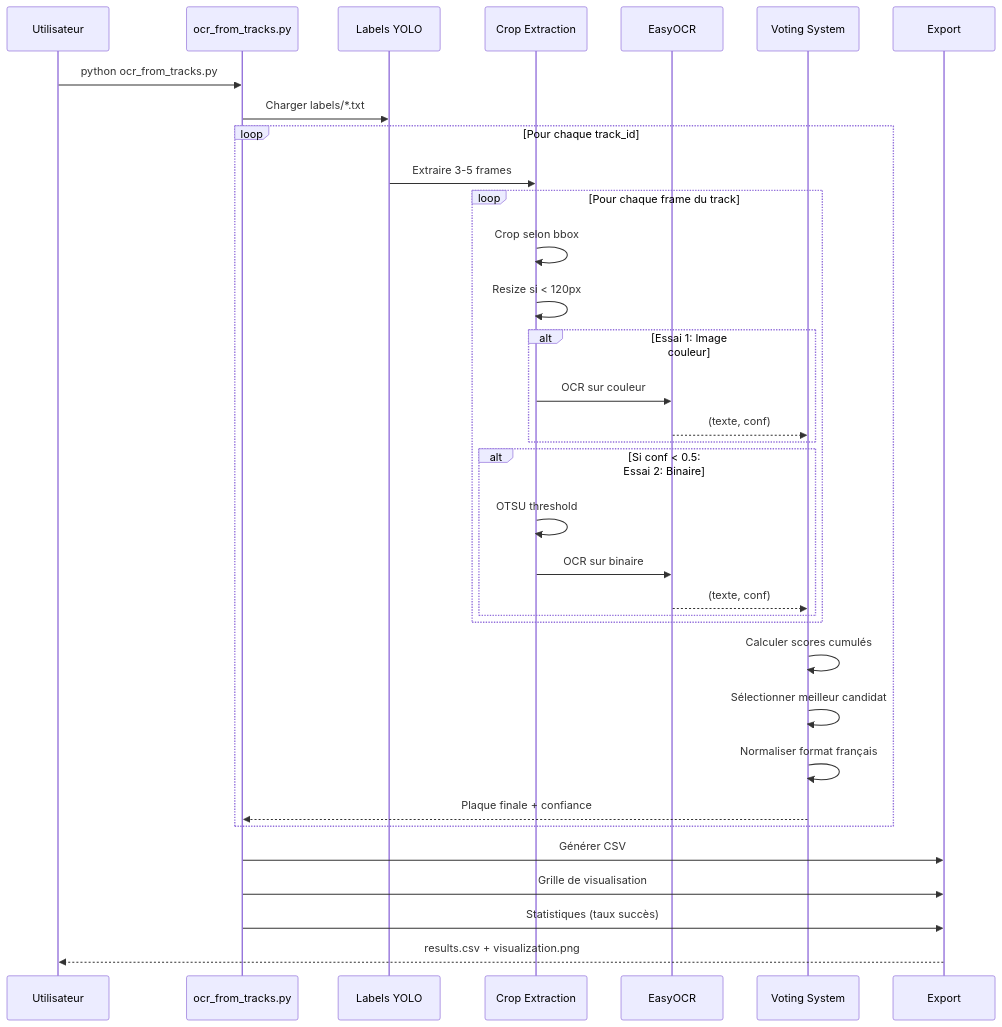
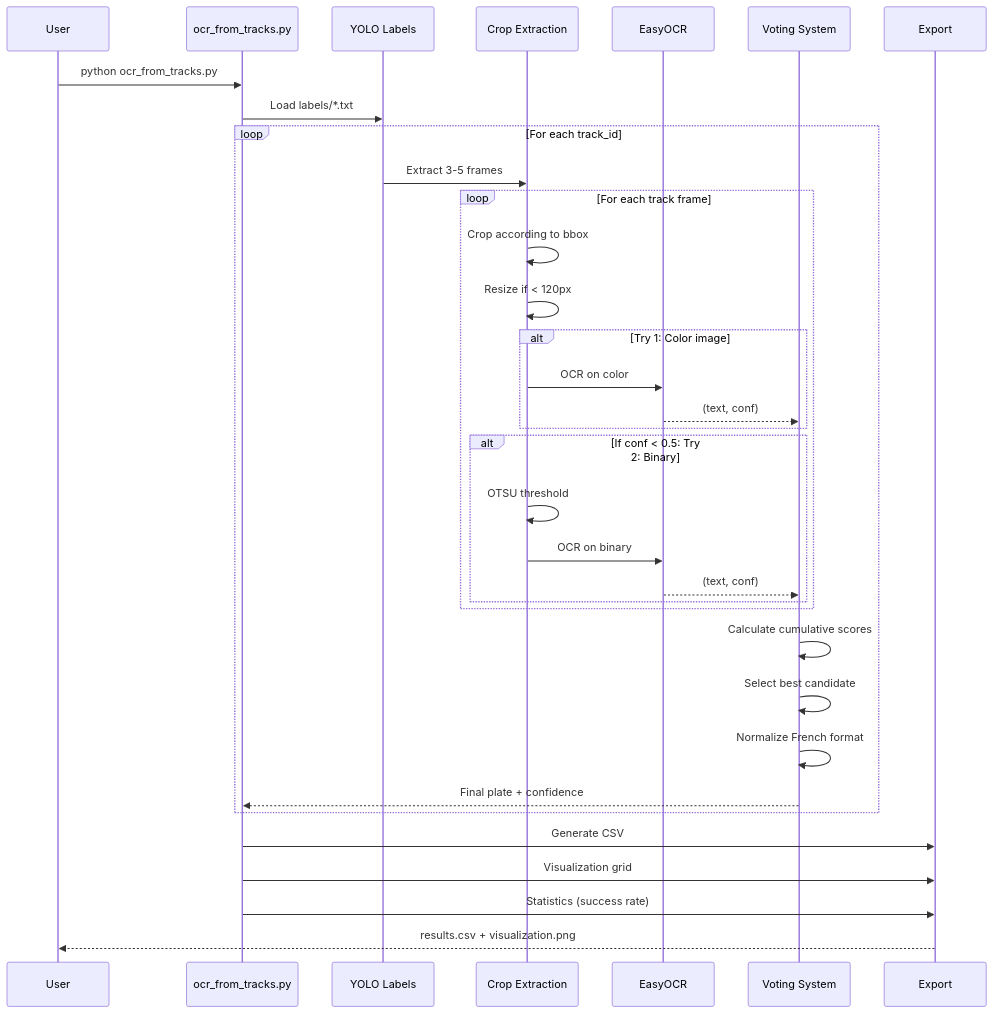
Before and after one commit to brayedna/alpr-fine-tuned-FR-yolov8: the fifth of 5 diagrams in README.md, drawn with Mermaid. The commit also changed other lines of this file, not shown here.

````diff
--- a/README.md
+++ b/README.md
@@ -521,43 +521,43 @@
 ```mermaid
 sequenceDiagram
-    participant U as Utilisateur
+    participant U as User
     participant O as ocr_from_tracks.py
-    participant L as Labels YOLO
+    participant L as YOLO Labels
     participant C as Crop Extraction
     participant E1 as EasyOCR
     participant V as Voting System
     participant X as Export
 
     U->>O: python ocr_from_tracks.py
-    O->>L: Charger labels/*.txt
+    O->>L: Load labels/*.txt
 
-    loop Pour chaque track_id
-        L->>C: Extraire 3-5 frames
+    loop For each track_id
+        L->>C: Extract 3-5 frames
 
-        loop Pour chaque frame du track
-            C->>C: Crop selon bbox
-            C->>C: Resize si < 120px
+        loop For each track frame
+            C->>C: Crop according to bbox
+            C->>C: Resize if < 120px
 
-            alt Essai 1: Image couleur
-                C->>E1: OCR sur couleur
-                E1-->>V: (texte, conf)
+            alt Try 1: Color image
+                C->>E1: OCR on color
+                E1-->>V: (text, conf)
             end
 
-            alt Si conf < 0.5: Essai 2: Binaire
+            alt If conf < 0.5: Try 2: Binary
                 C->>C: OTSU threshold
-                C->>E1: OCR sur binaire
-                E1-->>V: (texte, conf)
+                C->>E1: OCR on binary
+                E1-->>V: (text, conf)
             end
         end
 
-        V->>V: Calculer scores cumulés
-        V->>V: Sélectionner meilleur candidat
-        V->>V: Normaliser format français
-        V-->>O: Plaque finale + confiance
+        V->>V: Calculate cumulative scores
+        V->>V: Select best candidate
+        V->>V: Normalize French format
+        V-->>O: Final plate + confidence
     end
 
-    O->>X: Générer CSV
-    O->>X: Grille de visualisation
-    O->>X: Statistiques (taux succès)
+    O->>X: Generate CSV
+    O->>X: Visualization grid
+    O->>X: Statistics (success rate)
     X-->>U: results.csv + visualization.png
 ```
````
